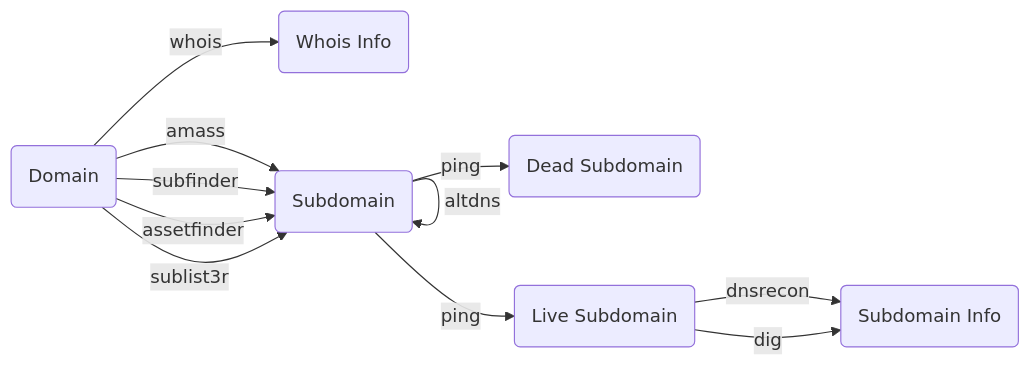
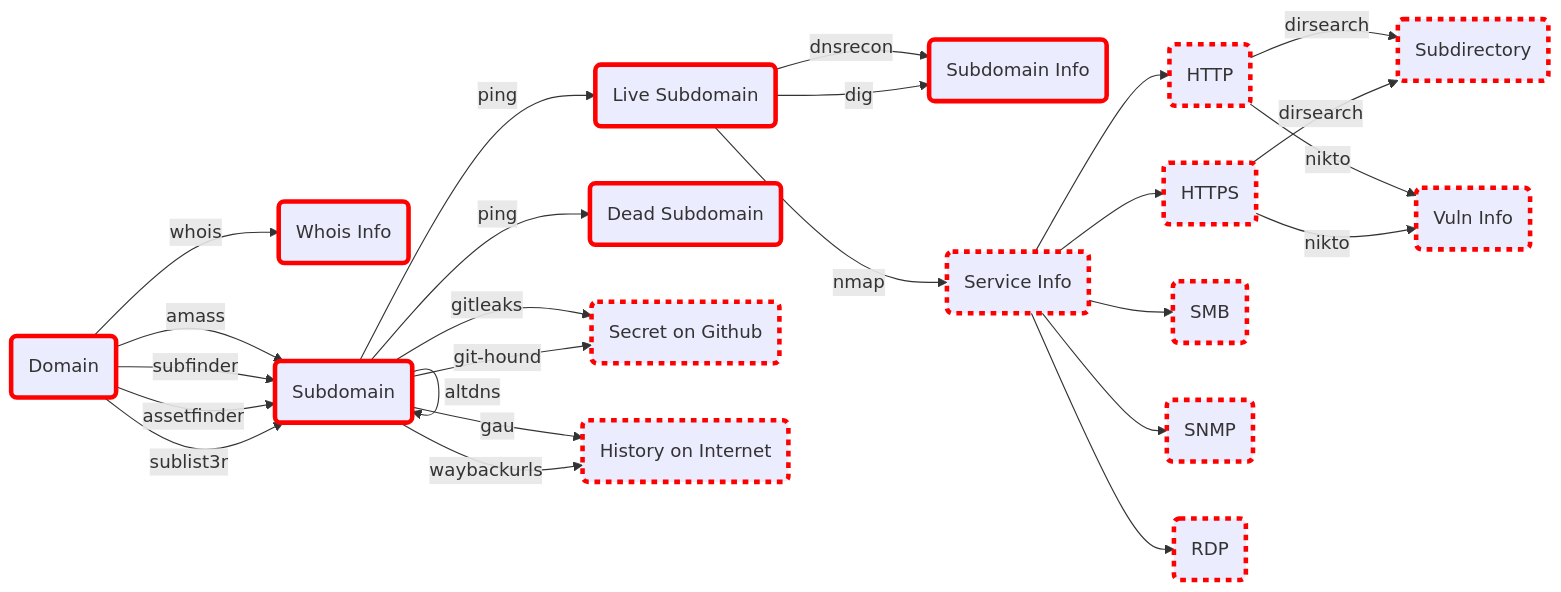
Before and after one commit to astroicers/recon-pocket: the first of 2 diagrams in README.md, drawn with Mermaid. The commit also changed other lines of this file and 1 other file, not shown here.

Commit message:
update flow chart

````diff
--- a/README.md
+++ b/README.md
@@ -5,13 +5,42 @@
 ```mermaid
-  
 graph LR
+  style A  stroke:red,stroke-width:4px
+  style B1 stroke:red,stroke-width:4px
+  style B2 stroke:red,stroke-width:4px
+  style C1 stroke:red,stroke-width:4px
+  style C2 stroke:red,stroke-width:4px
+  style C3 stroke:red,stroke-width:4px,stroke-dasharray: 5 5
+  style C4 stroke:red,stroke-width:4px,stroke-dasharray: 5 5
+  style D1 stroke:red,stroke-width:4px
+  style D2 stroke:red,stroke-width:4px,stroke-dasharray: 5 5
+  style E1 stroke:red,stroke-width:4px,stroke-dasharray: 5 5
+  style E2 stroke:red,stroke-width:4px,stroke-dasharray: 5 5
+  style E3 stroke:red,stroke-width:4px,stroke-dasharray: 5 5
+  style E4 stroke:red,stroke-width:4px,stroke-dasharray: 5 5
+  style E5 stroke:red,stroke-width:4px,stroke-dasharray: 5 5
+  style F1 stroke:red,stroke-width:4px,stroke-dasharray: 5 5
+  style F2 stroke:red,stroke-width:4px,stroke-dasharray: 5 5
   A(Domain) -->|whois| B1(Whois Info)
   A(Domain) -->|amass| B2(Subdomain)
   A(Domain) -->|subfinder| B2(Subdomain)
   A(Domain) -->|assetfinder| B2(Subdomain)
   A(Domain) -->|sublist3r| B2(Subdomain)
   B2(Subdomain) -->|altdns| B2(Subdomain)
   B2(Subdomain) -->|ping| C1(Live Subdomain) & C2(Dead Subdomain)
+  B2(Subdomain) -->|gitleaks| C3(Secret on Github)
+  B2(Subdomain) -->|git-hound| C3(Secret on Github)
+  B2(Subdomain) -->|gau| C4(History on Internet)
+  B2(Subdomain) -->|waybackurls| C4(History on Internet)
   C1(Live Subdomain) -->|dnsrecon| D1(Subdomain Info)
   C1(Live Subdomain) -->|dig| D1(Subdomain Info)
+  C1(Live Subdomain) -->|nmap| D2(Service Info)
+  D2(Service Info) --> E1(HTTP)
+  D2(Service Info) --> E2(HTTPS)
+  D2(Service Info) --> E3(SMB)
+  D2(Service Info) --> E4(SNMP)
+  D2(Service Info) --> E5(RDP)
+  E1(HTTP) -->|dirsearch| F1(Subdirectory)
+  E2(HTTPS) -->|dirsearch| F1(Subdirectory)
+  E1(HTTP) -->|nikto| F2(Vuln Info)
+  E2(HTTPS) -->|nikto| F2(Vuln Info)
 ```
````
